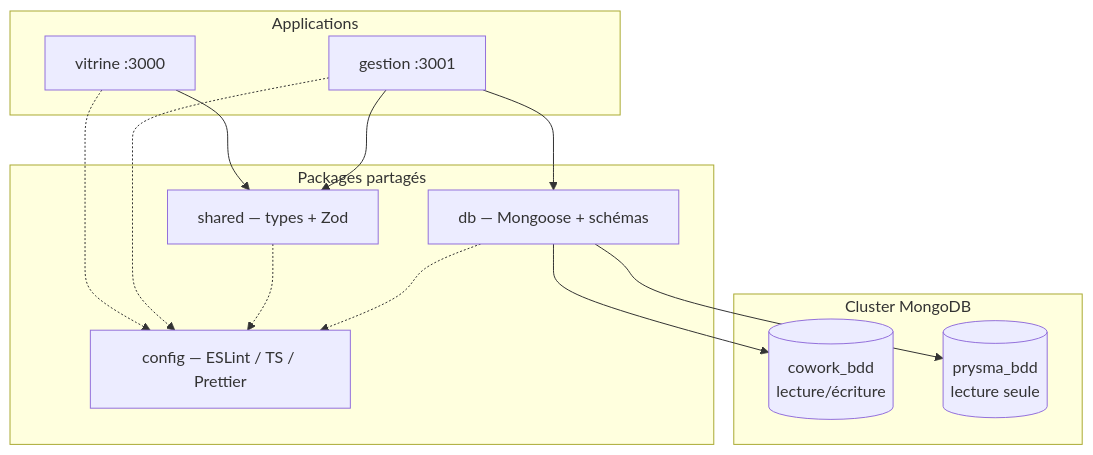
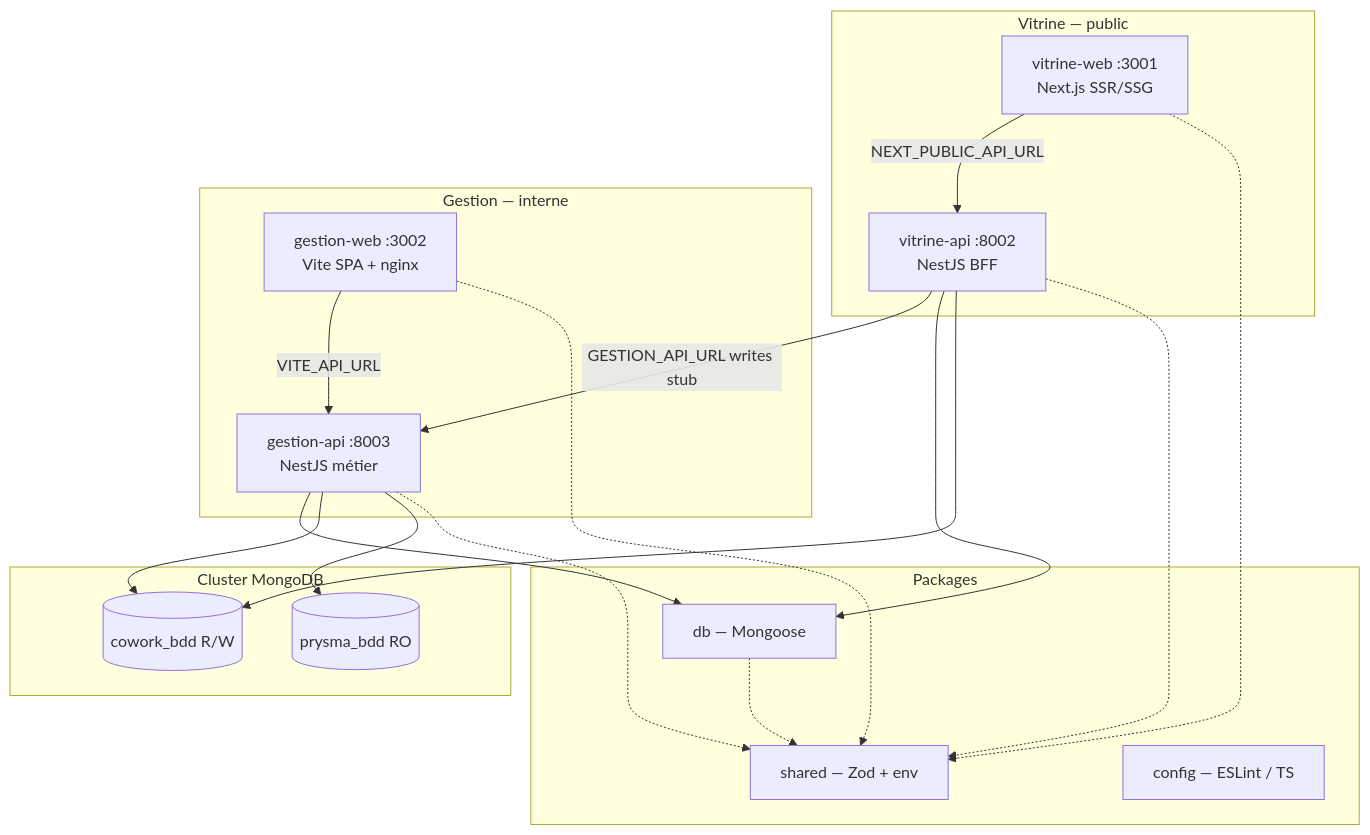
The diagram in ARCHITECTURE.md (adminprysme/CoworkPrysme_V2), drawn with Mermaid before and after one commit. The commit also changed other lines of this file and 1 other file, not shown here.

````diff
--- a/ARCHITECTURE.md
+++ b/ARCHITECTURE.md
@@ -9,28 +9,37 @@
 ```mermaid
 graph TB
-    subgraph apps [Applications]
-        V[vitrine :3000]
-        G[gestion :3001]
+    subgraph public [Vitrine — public]
+        VW[vitrine-web :3001<br/>Next.js SSR/SSG]
+        VA[vitrine-api :8002<br/>NestJS BFF]
     end
 
-    subgraph packages [Packages partagés]
-        SH[shared — types + Zod]
-        DB[db — Mongoose + schémas]
-        CF[config — ESLint / TS / Prettier]
+    subgraph internal [Gestion — interne]
+        GW[gestion-web :3002<br/>Vite SPA + nginx]
+        GA[gestion-api :8003<br/>NestJS métier]
+    end
+
+    subgraph packages [Packages]
+        SH[shared — Zod + env]
+        DB[db — Mongoose]
+        CF[config — ESLint / TS]
     end
 
     subgraph mongo [Cluster MongoDB]
-        C[(cowork_bdd<br/>lecture/écriture)]
-        P[(prysma_bdd<br/>lecture seule)]
+        C[(cowork_bdd R/W)]
+        P[(prysma_bdd RO)]
     end
 
-    V --> SH
-    G --> SH
-    G --> DB
-    DB --> C
-    DB --> P
-    V -.-> CF
-    G -.-> CF
-    SH -.-> CF
-    DB -.-> CF
+    VW -->|NEXT_PUBLIC_API_URL| VA
+    GW -->|VITE_API_URL| GA
+    VA -->|GESTION_API_URL writes stub| GA
+    VA --> DB
+    VA --> C
+    GA --> DB
+    GA --> C
+    GA --> P
+    VW -.-> SH
+    GW -.-> SH
+    VA -.-> SH
+    GA -.-> SH
+    DB -.-> SH
 ```
````
